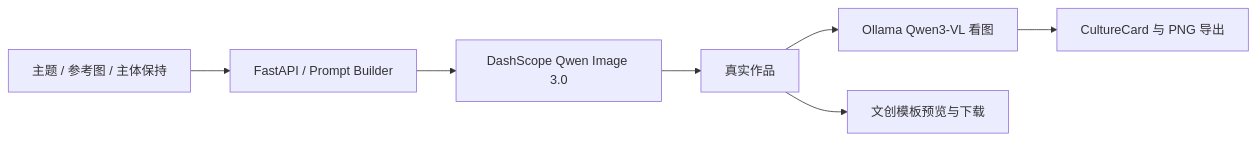
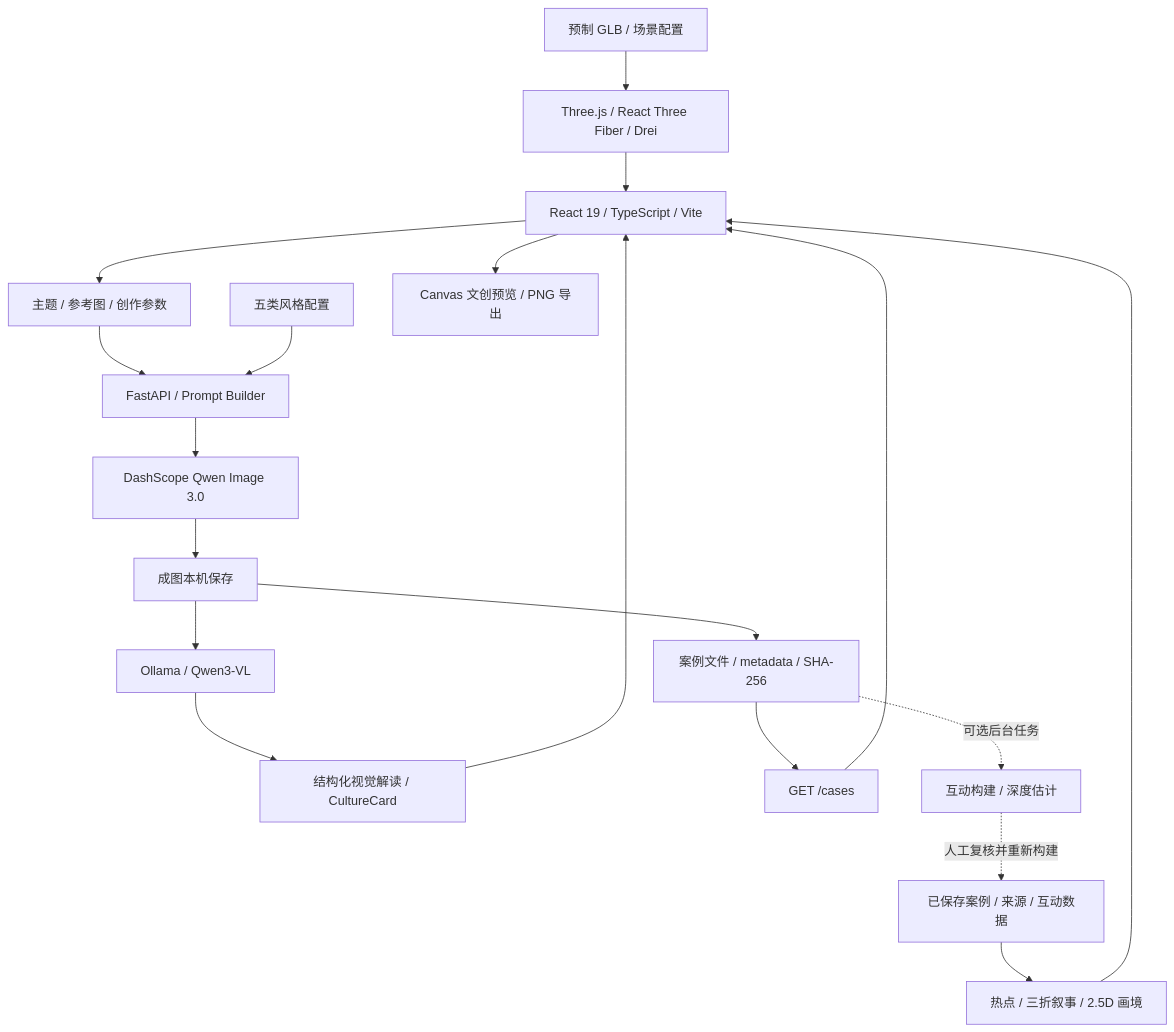
The diagram in README.md (3331083641-prog/wenmai-huazhang), drawn with Mermaid before and after one commit. The commit also changed other lines of this file and 43 other files, not shown here.

````diff
--- a/README.md
+++ b/README.md
@@ -52,9 +119,21 @@
 ```mermaid
-flowchart LR
-  A[主题 / 参考图 / 主体保持] --> B[FastAPI / Prompt Builder]
-  B --> C[DashScope Qwen Image 3.0]
-  C --> D[真实作品]
-  D --> E[Ollama Qwen3-VL 看图]
-  E --> F[CultureCard 与 PNG 导出]
-  D --> G[文创模板预览与下载]
+flowchart TD
+  UI[React 19 / TypeScript / Vite] --> INPUT[主题 / 参考图 / 创作参数]
+  INPUT --> API[FastAPI / Prompt Builder]
+  STYLE[五类风格配置] --> API
+  API --> QI[DashScope Qwen Image 3.0]
+  QI --> IMG[成图本机保存]
+  IMG --> VL[Ollama / Qwen3-VL]
+  VL --> CARD[结构化视觉解读 / CultureCard]
+  CARD --> UI
+  IMG --> CASE[案例文件 / metadata / SHA-256]
+  CASE --> LIST[GET /cases]
+  LIST --> UI
+  UI --> PRODUCT[Canvas 文创预览 / PNG 导出]
+  SAVED[已保存案例 / 来源 / 互动数据] --> READING[热点 / 三折叙事 / 2.5D 画境]
+  READING --> UI
+  GLB[预制 GLB / 场景配置] --> THREE[Three.js / React Three Fiber / Drei]
+  THREE --> UI
+  CASE -.可选后台任务.-> INGEST[互动构建 / 深度估计]
+  INGEST -.人工复核并重新构建.-> SAVED
 ```
````
